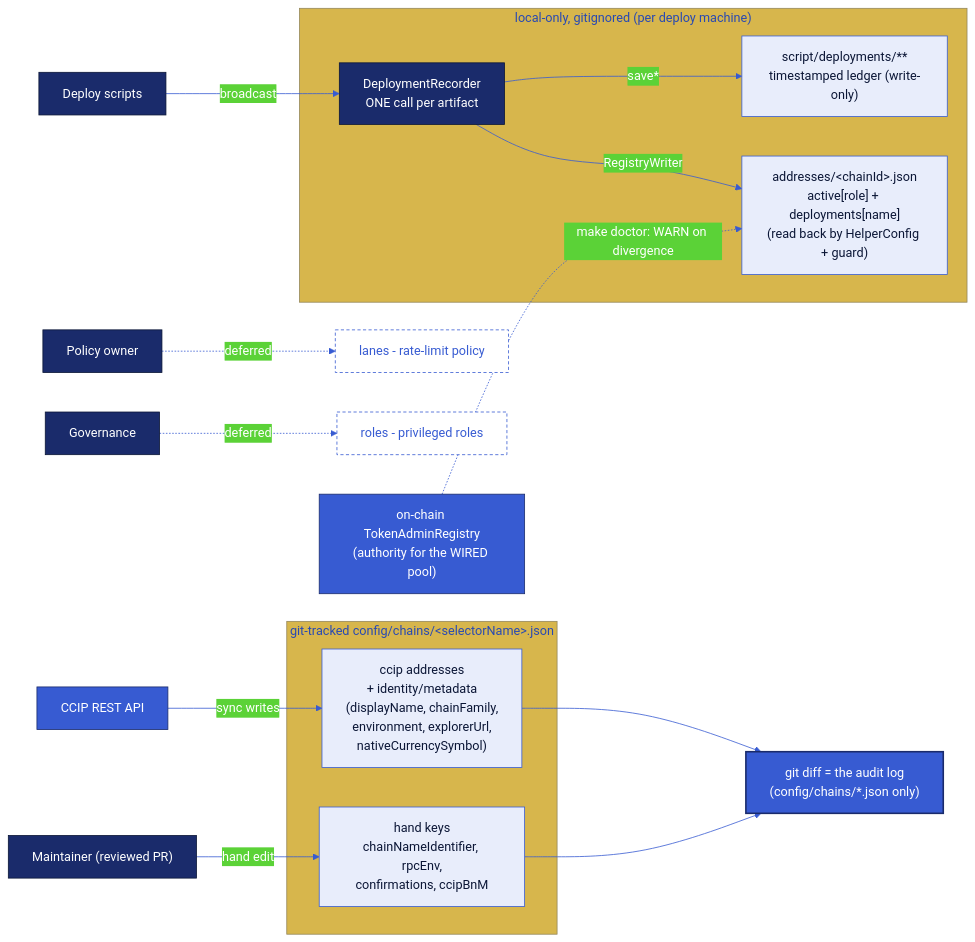
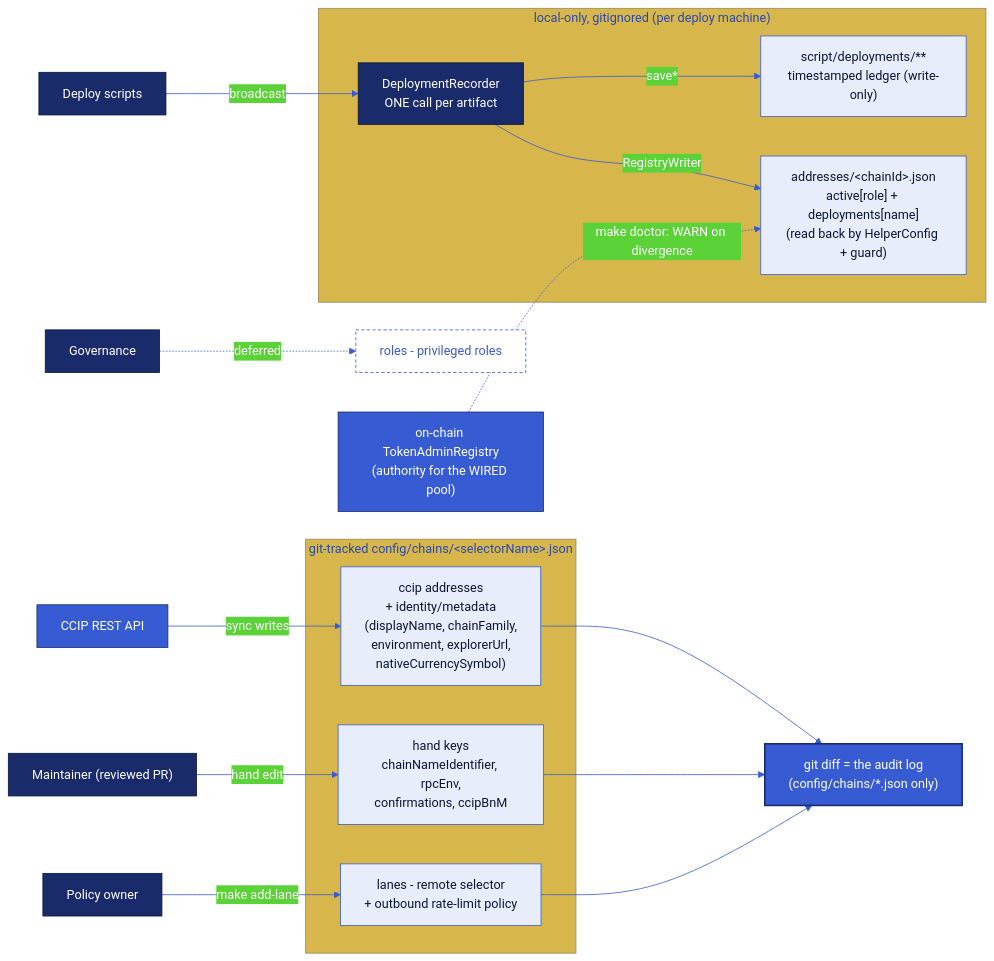
One commit to smartcontractkit/docs-cct-foundry changed the third of 5 diagrams in docs/config-architecture.md. Above: the diagram before and after it, drawn with Mermaid. The commit also changed other lines of this file and 50 other files, not shown here.

````diff
--- a/docs/config-architecture.md
+++ b/docs/config-architecture.md
@@ -124,36 +130,38 @@
 ```mermaid
 %%{init: {'theme':'base','themeVariables':{'primaryColor':'#375BD2','primaryTextColor':'#FFFFFF','primaryBorderColor':'#1A2B6B','lineColor':'#375BD2','fontFamily':'Inter, system-ui, sans-serif'}}}%%
 flowchart LR
     API["CCIP REST API"] -->|sync writes| CCIP["ccip addresses<br/>+ identity/metadata<br/>(displayName, chainFamily,<br/>environment, explorerUrl,<br/>nativeCurrencySymbol)"]
     HUMAN["Maintainer (reviewed PR)"] -->|hand edit| ID["hand keys<br/>chainNameIdentifier, rpcEnv,<br/>confirmations, ccipBnM"]
-    OWNER["Policy owner"] -. deferred .-> LANES["lanes - rate-limit policy"]
+    OWNER["Policy owner"] -->|make add-lane| LANES["lanes - remote selector<br/>+ outbound rate-limit policy"]
     GOV["Governance"] -. deferred .-> ROLES["roles - privileged roles"]
     CCIP --> DIFF["git diff = the audit log<br/>(config/chains/*.json only)"]
     ID --> DIFF
+    LANES --> DIFF
 
     subgraph GT["git-tracked config/chains/&lt;selectorName&gt;.json"]
         CCIP
         ID
+        LANES
     end
 
     subgraph LOCAL["local-only, gitignored (per deploy machine)"]
         REC["DeploymentRecorder<br/>ONE call per artifact"]
         LEDGER["script/deployments/**<br/>timestamped ledger (write-only)"]
         ADDR["addresses/&lt;chainId&gt;.json<br/>active[role] + deployments[name]<br/>(read back by HelperConfig + guard)"]
     end
     DEPLOY["Deploy scripts"] -->|broadcast| REC
     REC -->|save*| LEDGER
     REC -->|RegistryWriter| ADDR
     TAR["on-chain TokenAdminRegistry<br/>(authority for the WIRED pool)"] -. make doctor: WARN on divergence .-> ADDR
 
     classDef api fill:#375BD2,color:#FFFFFF,stroke:#1A2B6B,stroke-width:1px;
     classDef writer fill:#1A2B6B,color:#FFFFFF,stroke:#0B1636,stroke-width:1px;
     classDef subtree fill:#E8EDFB,color:#0B1636,stroke:#375BD2,stroke-width:1px;
     classDef future fill:#FFFFFF,color:#375BD2,stroke:#375BD2,stroke-width:1px,stroke-dasharray:4 3;
     classDef audit fill:#375BD2,color:#FFFFFF,stroke:#1A2B6B,stroke-width:2px;
     class API,TAR api;
     class HUMAN,DEPLOY,OWNER,GOV,REC writer;
-    class CCIP,ID,ADDR,LEDGER subtree;
-    class LANES,ROLES future;
+    class CCIP,ID,LANES,ADDR,LEDGER subtree;
+    class ROLES future;
     class DIFF audit;
 ```
````
